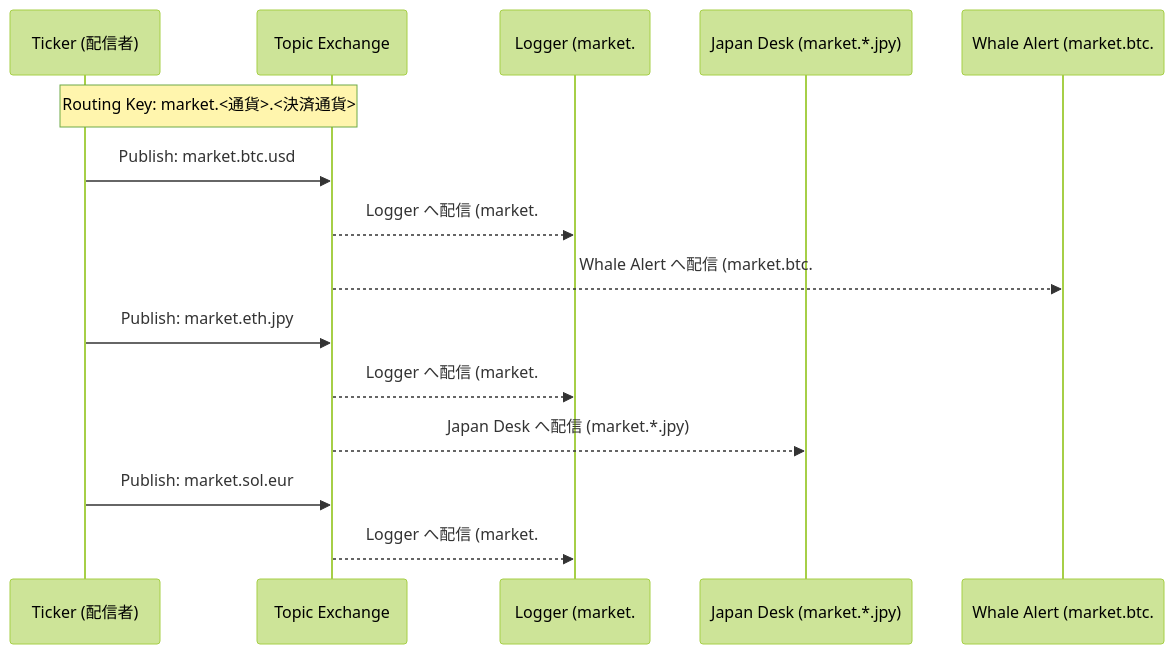
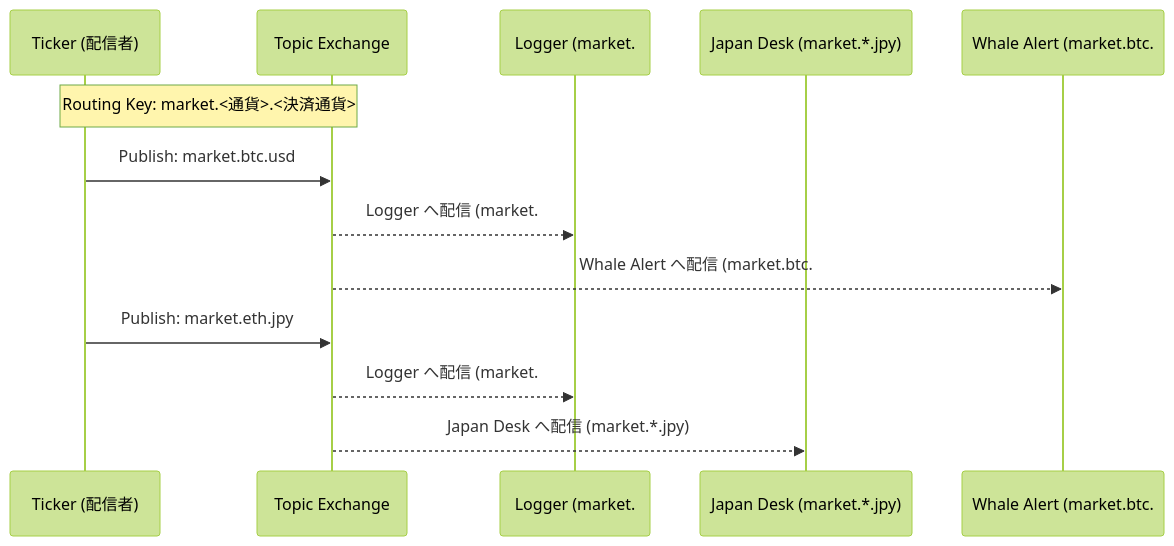
Before and after one commit to sokoide/workshop: the diagram in infra/rabbitmq_ja.md, drawn with Mermaid (forest theme). The commit also changed other lines of this file and 27 other files, not shown here.

````diff
--- a/infra/rabbitmq_ja.md
+++ b/infra/rabbitmq_ja.md
@@ -9,21 +9,18 @@
 ```mermaid
 sequenceDiagram
     participant P as Ticker (配信者)
     participant E as Topic Exchange
     participant L as Logger (market.#)
     participant J as Japan Desk (market.*.jpy)
     participant W as Whale Alert (market.btc.#)
 
     Note over P,E: Routing Key: market.<通貨>.<決済通貨>
 
     P->>E: Publish: market.btc.usd
     E-->>L: Logger へ配信 (market.#)
     E-->>W: Whale Alert へ配信 (market.btc.#)
 
     P->>E: Publish: market.eth.jpy
     E-->>L: Logger へ配信 (market.#)
     E-->>J: Japan Desk へ配信 (market.*.jpy)
-
-    P->>E: Publish: market.sol.eur
-    E-->>L: Logger へ配信 (market.#)
 ```
````
